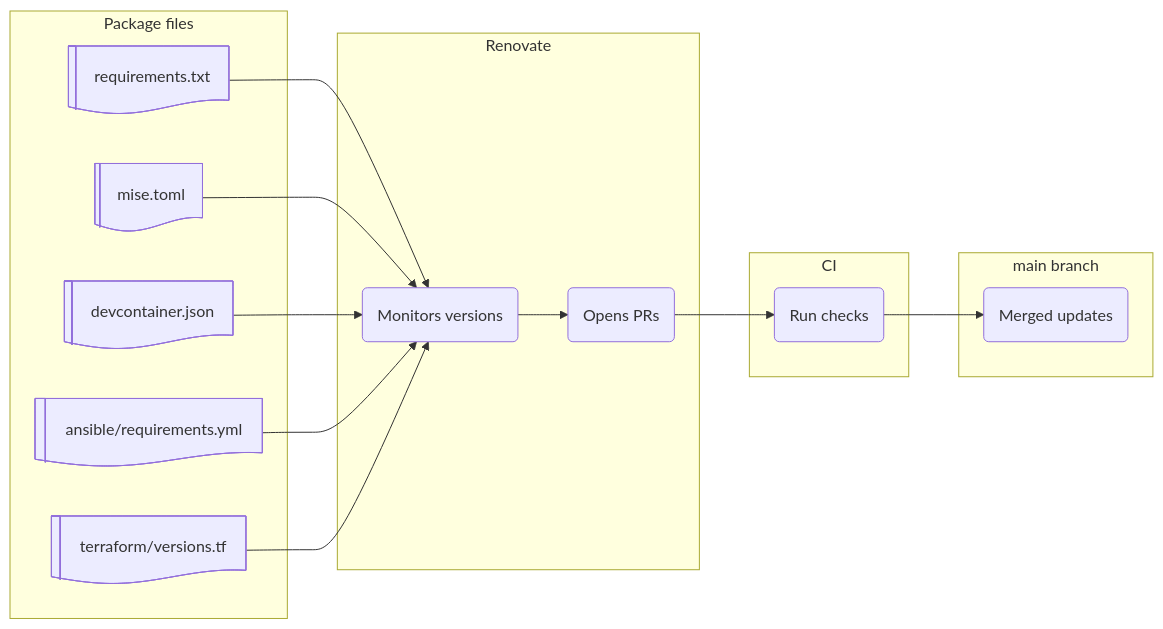
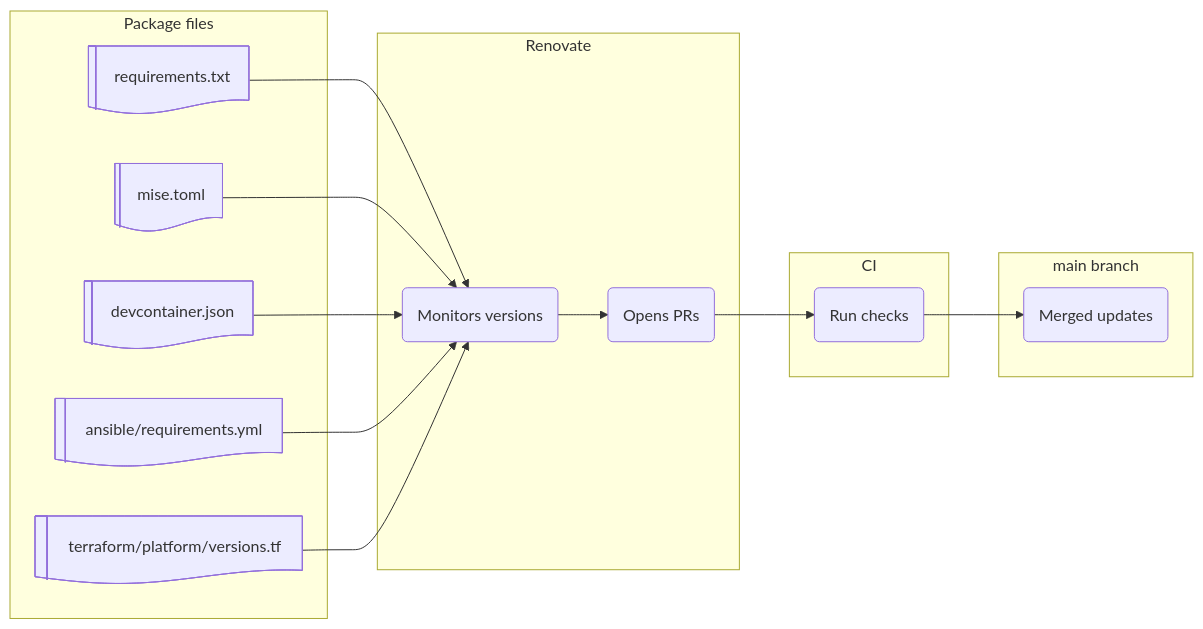
One commit to rednaw/iac changed the diagram in docs/technologies.md. Above: the diagram before and after it, drawn with Mermaid. The commit also changed other lines of this file and 24 other files, not shown here.

````diff
--- a/docs/technologies.md
+++ b/docs/technologies.md
@@ -53,33 +53,33 @@
 ```mermaid
 flowchart LR
     subgraph FILES["Package files"]
         REQ@{ shape: lin-doc, label: "requirements.txt" }
         MISE@{ shape: lin-doc, label: "mise.toml" }
         DC@{ shape: lin-doc, label: "devcontainer.json" }
         ANS@{ shape: lin-doc, label: "ansible/requirements.yml" }
-        TF@{ shape: lin-doc, label: "terraform/versions.tf" }
+        TF@{ shape: lin-doc, label: "terraform/platform/versions.tf" }
     end
 
     subgraph RENOVATE["Renovate"]
         MONITOR(Monitors versions)
         PR(Opens PRs)
     end
 
     subgraph CI["CI"]
         CHECK(Run checks)
     end
 
     subgraph MAIN["main branch"]
         MERGE(Merged updates)
     end
 
     REQ --> MONITOR
     MISE --> MONITOR
     DC --> MONITOR
     ANS --> MONITOR
     TF --> MONITOR
 
     MONITOR --> PR
     PR --> CHECK
     CHECK --> MERGE
 ```
````
